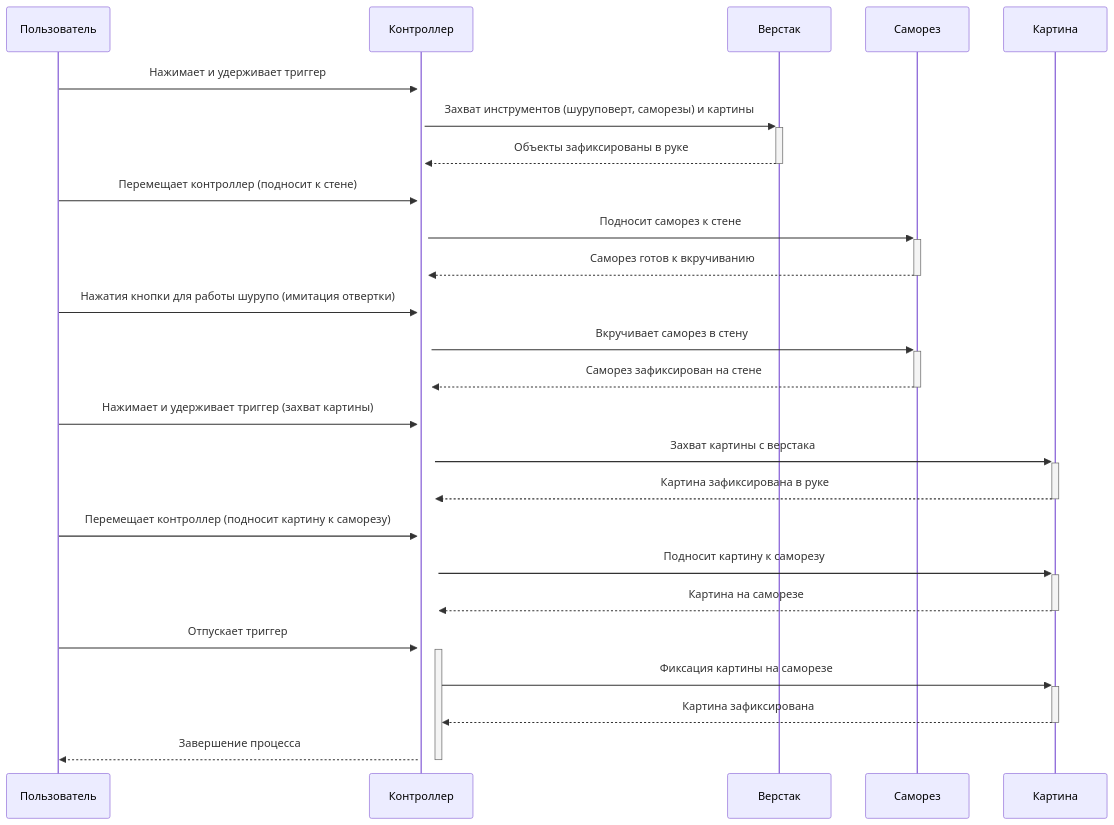
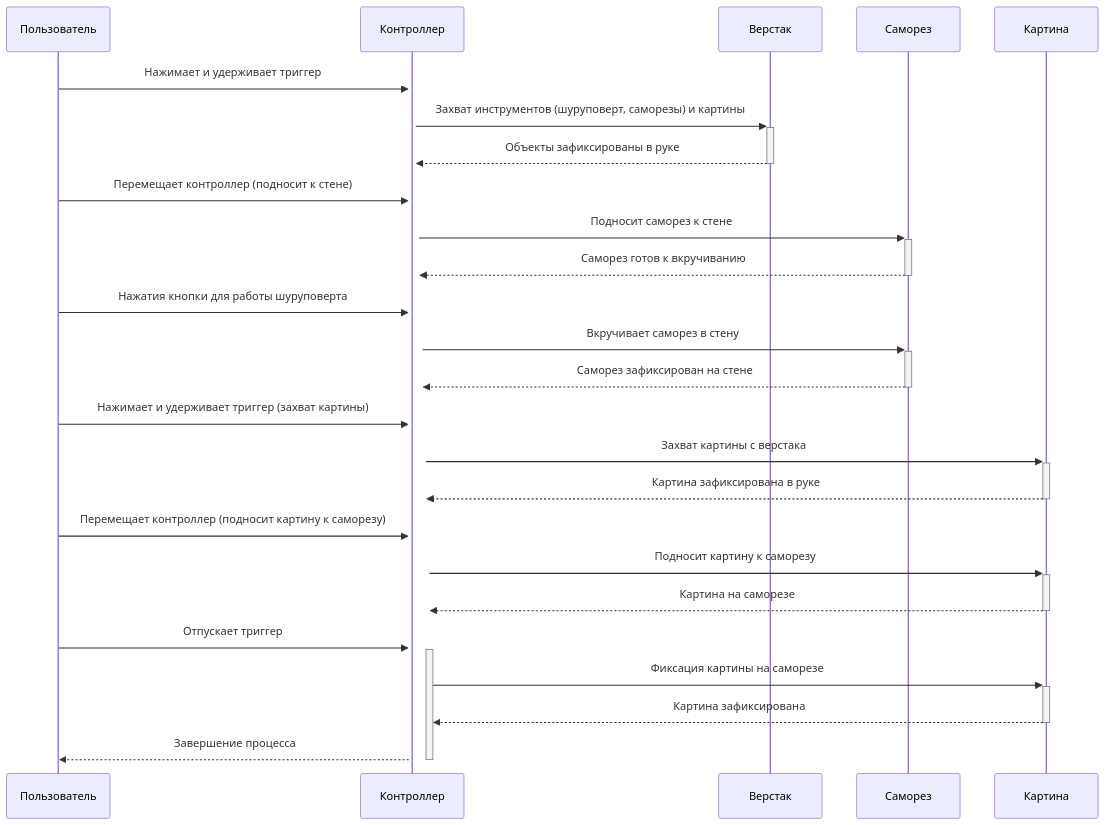
The diagram in all/не называться-1.md (NerdyCep/iodraw-files), drawn with Mermaid before and after one commit.

Commit message:
2025-02-25 18:24:41 update

````diff
--- a/all/не называться-1.md
+++ b/all/не называться-1.md
@@ -1,29 +1,29 @@
 ```mermaid
 sequenceDiagram
     participant Пользователь
     participant Контроллер
     participant Верстак
     participant Саморез
     participant Картина
     
 
     Пользователь->>+Контроллер: Нажимает и удерживает триггер
     Контроллер->>+Верстак: Захват инструментов (шуруповерт, саморезы) и картины
     Верстак-->>-Контроллер: Объекты зафиксированы в руке
     Пользователь->>+Контроллер: Перемещает контроллер (подносит к стене)
     Контроллер->>+Саморез: Подносит саморез к стене
     Саморез-->>-Контроллер: Саморез готов к вкручиванию
-    Пользователь->>+Контроллер: Нажатия кнопки для работы шурупо (имитация отвертки)
+    Пользователь->>+Контроллер: Нажатия кнопки для работы шуруповерта
     Контроллер->>+Саморез: Вкручивает саморез в стену
     Саморез-->>-Контроллер: Саморез зафиксирован на стене
     Пользователь->>+Контроллер: Нажимает и удерживает триггер (захват картины)
     Контроллер->>+Картина: Захват картины с верстака
     Картина-->>-Контроллер: Картина зафиксирована в руке
     Пользователь->>+Контроллер: Перемещает контроллер (подносит картину к саморезу)
     Контроллер->>+Картина: Подносит картину к саморезу
     Картина-->>-Контроллер: Картина на саморезе
     Пользователь->>+Контроллер: Отпускает триггер
     Контроллер->>+Картина: Фиксация картины на саморезе
     Картина-->>-Контроллер: Картина зафиксирована
     Контроллер-->>-Пользователь: Завершение процесса
 ```
````
